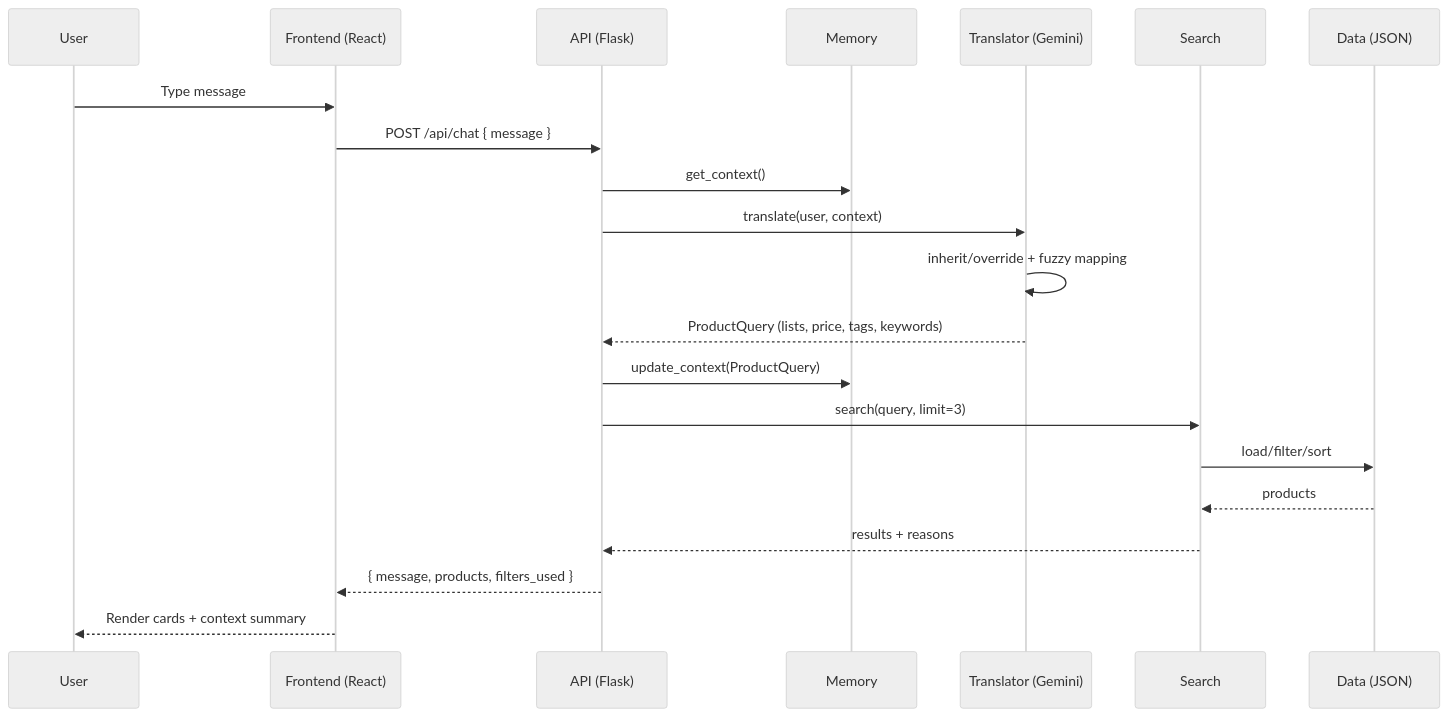
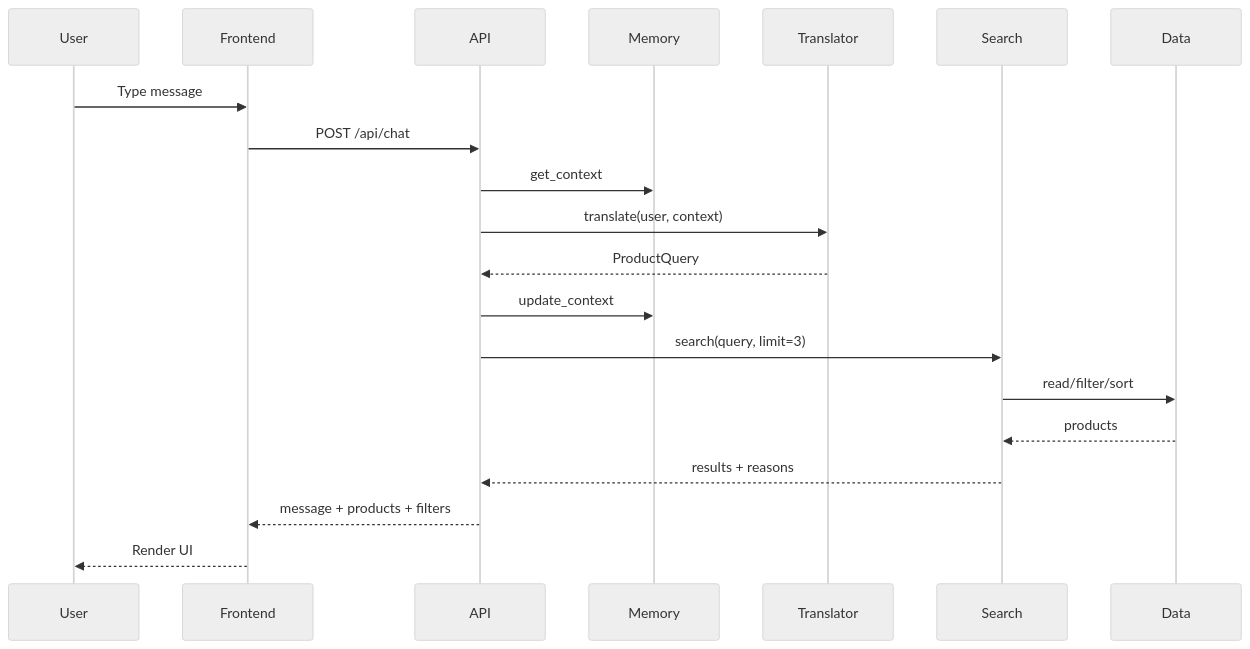
One commit to Gauravraj004/grocery-chatbot changed the second of 2 diagrams in README.md. Above: the diagram before and after it, drawn with Mermaid (neutral theme). The commit also changed other lines of this file, not shown here.

Commit message:
Fix README: Mermaid diagrams render on GitHub (simplified nodes, no edge labels)

````diff
--- a/README.md
+++ b/README.md
@@ -45,24 +45,23 @@
 ```mermaid
 sequenceDiagram
   participant U as User
-  participant F as Frontend (React)
-  participant A as API (Flask)
+  participant F as Frontend
+  participant A as API
   participant M as Memory
-  participant T as Translator (Gemini)
+  participant T as Translator
   participant S as Search
-  participant D as Data (JSON)
+  participant D as Data
 
   U->>F: Type message
-  F->>A: POST /api/chat { message }
-  A->>M: get_context()
+  F->>A: POST /api/chat
+  A->>M: get_context
   A->>T: translate(user, context)
-  T->>T: inherit/override + fuzzy mapping
-  T-->>A: ProductQuery (lists, price, tags, keywords)
-  A->>M: update_context(ProductQuery)
+  T-->>A: ProductQuery
+  A->>M: update_context
   A->>S: search(query, limit=3)
-  S->>D: load/filter/sort
+  S->>D: read/filter/sort
   D-->>S: products
   S-->>A: results + reasons
-  A-->>F: { message, products, filters_used }
-  F-->>U: Render cards + context summary
+  A-->>F: message + products + filters
+  F-->>U: Render UI
 ```
````
